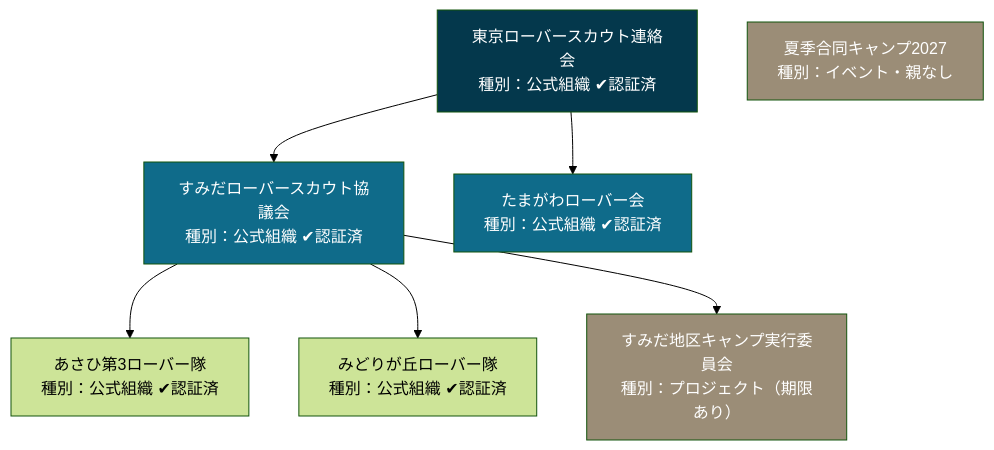
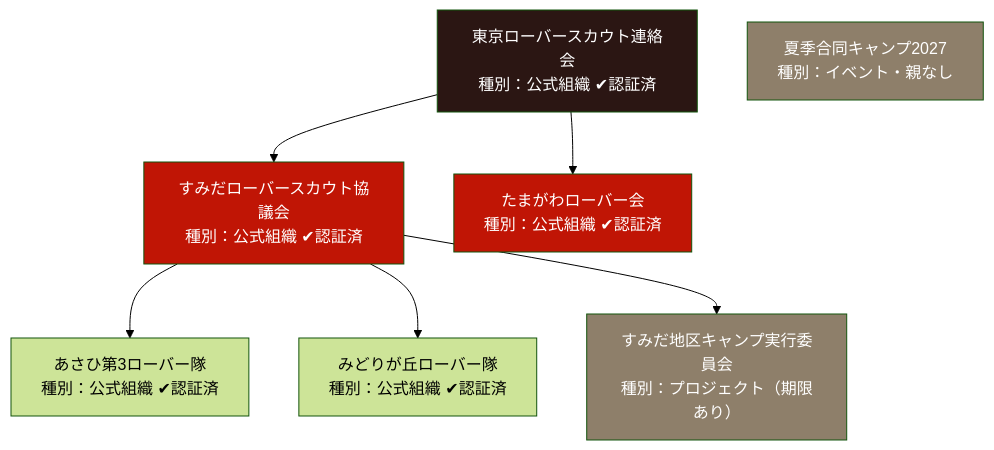
Before and after one commit to GitHatake/RoveringNow: the seventh of 12 diagrams in docs/10_source/01_basic_design.md, drawn with Mermaid (forest theme). The commit also changed 8 other files, not shown here.

````diff
--- a/docs/10_source/01_basic_design.md
+++ b/docs/10_source/01_basic_design.md
@@ -1019,15 +1019,15 @@
 ```mermaid
 flowchart TD
     A["東京ローバースカウト連絡会<br/>種別：公式組織 ✔認証済"] --> B["すみだローバースカウト協議会<br/>種別：公式組織 ✔認証済"]
     A --> C["たまがわローバー会<br/>種別：公式組織 ✔認証済"]
     B --> D["あさひ第3ローバー隊<br/>種別：公式組織 ✔認証済"]
     B --> E["みどりが丘ローバー隊<br/>種別：公式組織 ✔認証済"]
     B --> P["すみだ地区キャンプ実行委員会<br/>種別：プロジェクト（期限あり）"]
     X["夏季合同キャンプ2027<br/>種別：イベント・親なし"]
 
-    style A fill:#04384c,color:#fff
-    style B fill:#0f6b8a,color:#fff
-    style C fill:#0f6b8a,color:#fff
-    style P fill:#9b8d77,color:#fff
-    style X fill:#9b8d77,color:#fff
+    style A fill:#2b1613,color:#fff
+    style B fill:#c01505,color:#fff
+    style C fill:#c01505,color:#fff
+    style P fill:#8e7f6a,color:#fff
+    style X fill:#8e7f6a,color:#fff
 ```
````
